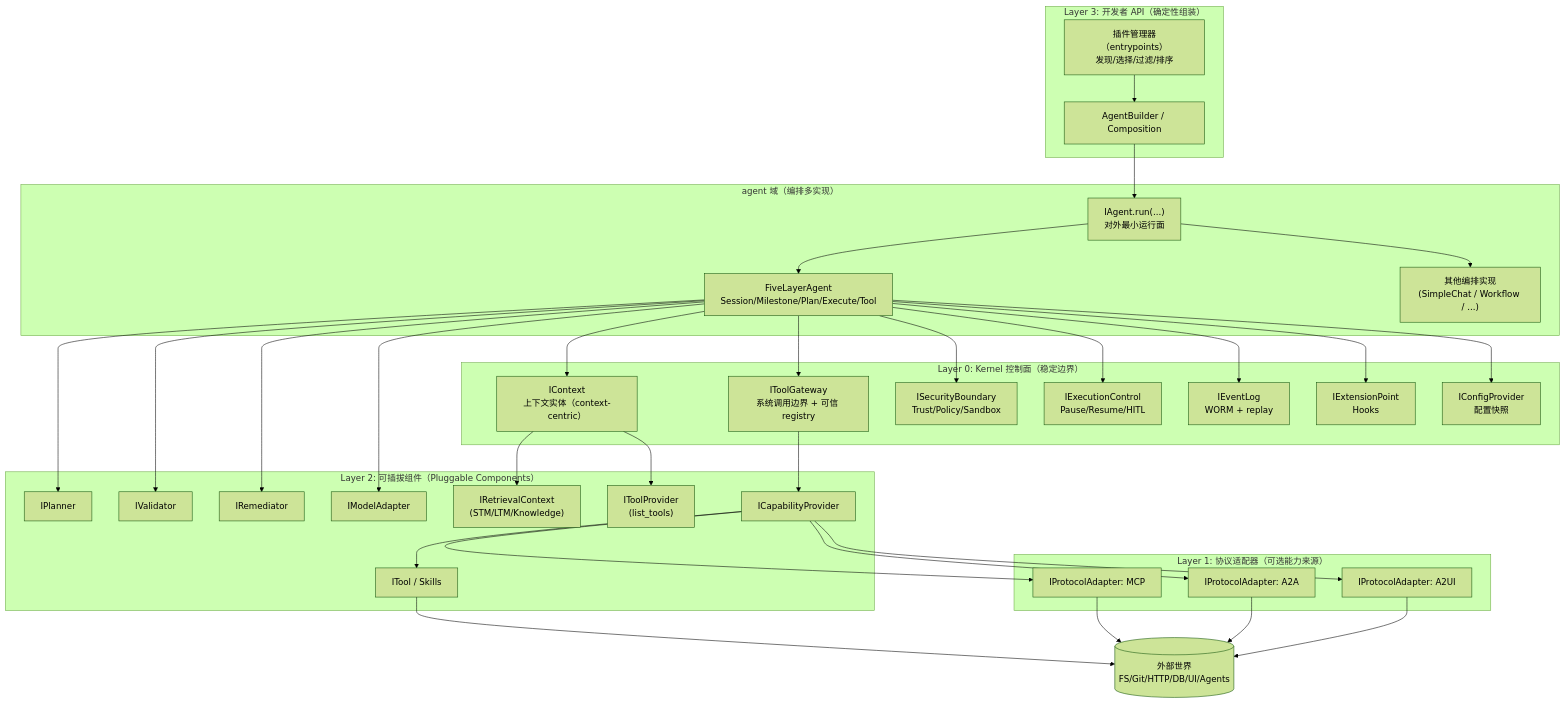
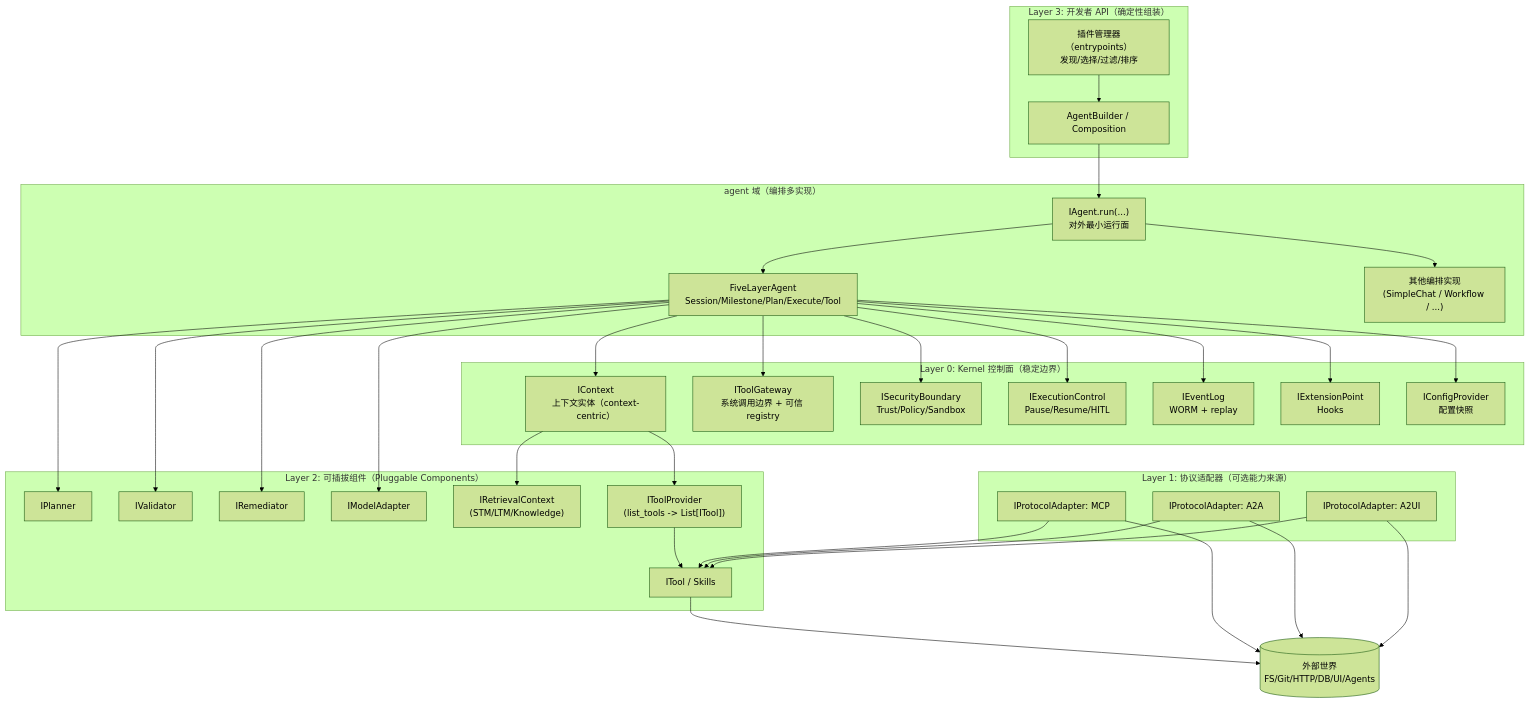
The first of 2 diagrams in doc/design/Architecture.md (clowder-labs/Deterministic-Agent-Runtime-Engine), drawn with Mermaid (forest theme) before and after one commit. The commit also changed other lines of this file and 67 other files, not shown here.

````diff
--- a/doc/design/Architecture.md
+++ b/doc/design/Architecture.md
@@ -76,78 +76,76 @@
 ```mermaid
 flowchart TB
   %% Layer 3: Developer API
   subgraph L3["Layer 3: 开发者 API（确定性组装）"]
     Builder["AgentBuilder / Composition"]
     Managers["插件管理器（entrypoints）\n发现/选择/过滤/排序"]
   end
 
   %% Agent domain
   subgraph Agent["agent 域（编排多实现）"]
     IAgent["IAgent.run(...)\n对外最小运行面"]
     FiveLayer["FiveLayerAgent\nSession/Milestone/Plan/Execute/Tool"]
     OtherOrch["其他编排实现\n(SimpleChat / Workflow / ...)" ]
   end
 
   %% Kernel control planes
   subgraph L0["Layer 0: Kernel 控制面（稳定边界）"]
     Ctx["IContext\n上下文实体（context-centric）"]
     ToolGW["IToolGateway\n系统调用边界 + 可信 registry"]
     Sec["ISecurityBoundary\nTrust/Policy/Sandbox"]
     ExecCtl["IExecutionControl\nPause/Resume/HITL"]
     Log["IEventLog\nWORM + replay"]
     Hook["IExtensionPoint\nHooks"]
     Cfg["IConfigProvider\n配置快照"]
   end
 
   %% Layer 2: pluggable
   subgraph L2["Layer 2: 可插拔组件（Pluggable Components）"]
     Planner["IPlanner"]
     Validator["IValidator"]
     Remediator["IRemediator"]
     Model["IModelAdapter"]
     Retrieval["IRetrievalContext\n(STM/LTM/Knowledge)"]
-    ToolProvider["IToolProvider\n(list_tools)"]
-    Providers["ICapabilityProvider"]
+    ToolProvider["IToolProvider\n(list_tools -> List[ITool])"]
     Tools["ITool / Skills"]
   end
 
   %% Layer 1: protocol adapters
   subgraph L1["Layer 1: 协议适配器（可选能力来源）"]
     MCP["IProtocolAdapter: MCP"]
     A2A["IProtocolAdapter: A2A"]
     A2UI["IProtocolAdapter: A2UI"]
   end
 
   External[("外部世界\nFS/Git/HTTP/DB/UI/Agents")]
 
   Managers --> Builder
   Builder --> IAgent
   IAgent --> FiveLayer
   IAgent --> OtherOrch
 
   FiveLayer --> Ctx
   FiveLayer --> Planner
   FiveLayer --> Validator
   FiveLayer --> Remediator
   FiveLayer --> Model
   FiveLayer --> ToolGW
   FiveLayer --> Sec
   FiveLayer --> ExecCtl
   FiveLayer --> Log
   FiveLayer --> Hook
   FiveLayer --> Cfg
 
   Ctx --> Retrieval
   Ctx --> ToolProvider
 
-  ToolGW --> Providers
-  Providers --> Tools
-  Providers --> MCP
-  Providers --> A2A
-  Providers --> A2UI
+  ToolProvider --> Tools
+  MCP --> Tools
+  A2A --> Tools
+  A2UI --> Tools
 
   Tools --> External
   MCP --> External
   A2A --> External
   A2UI --> External
 ```
````
